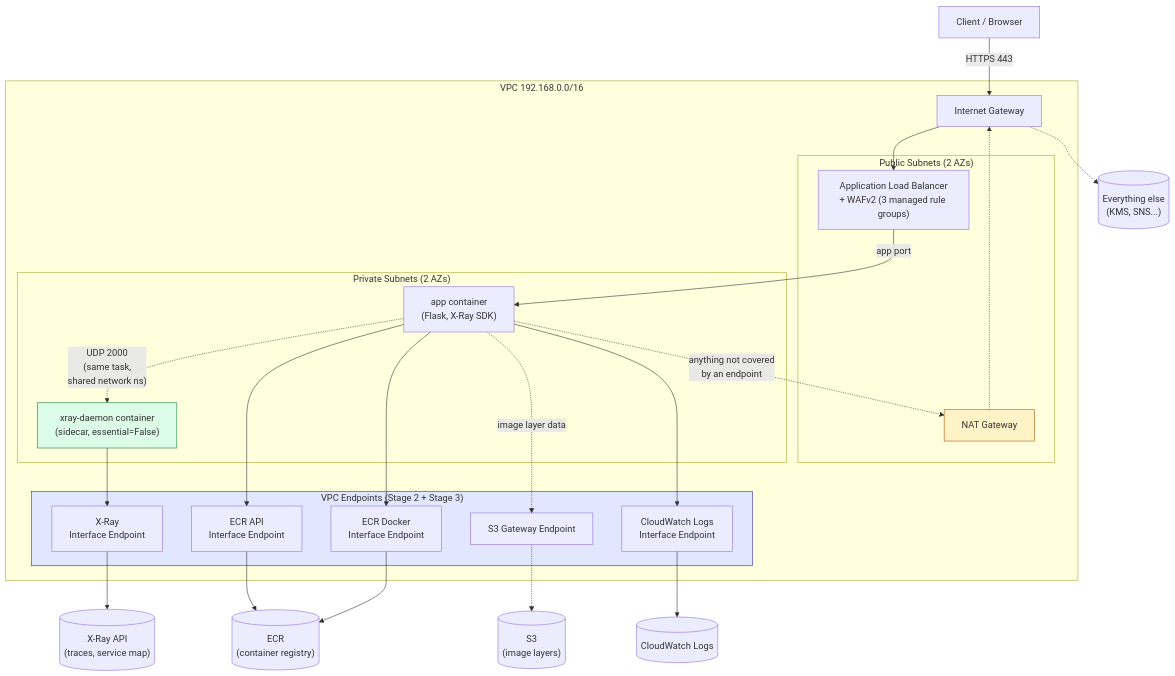
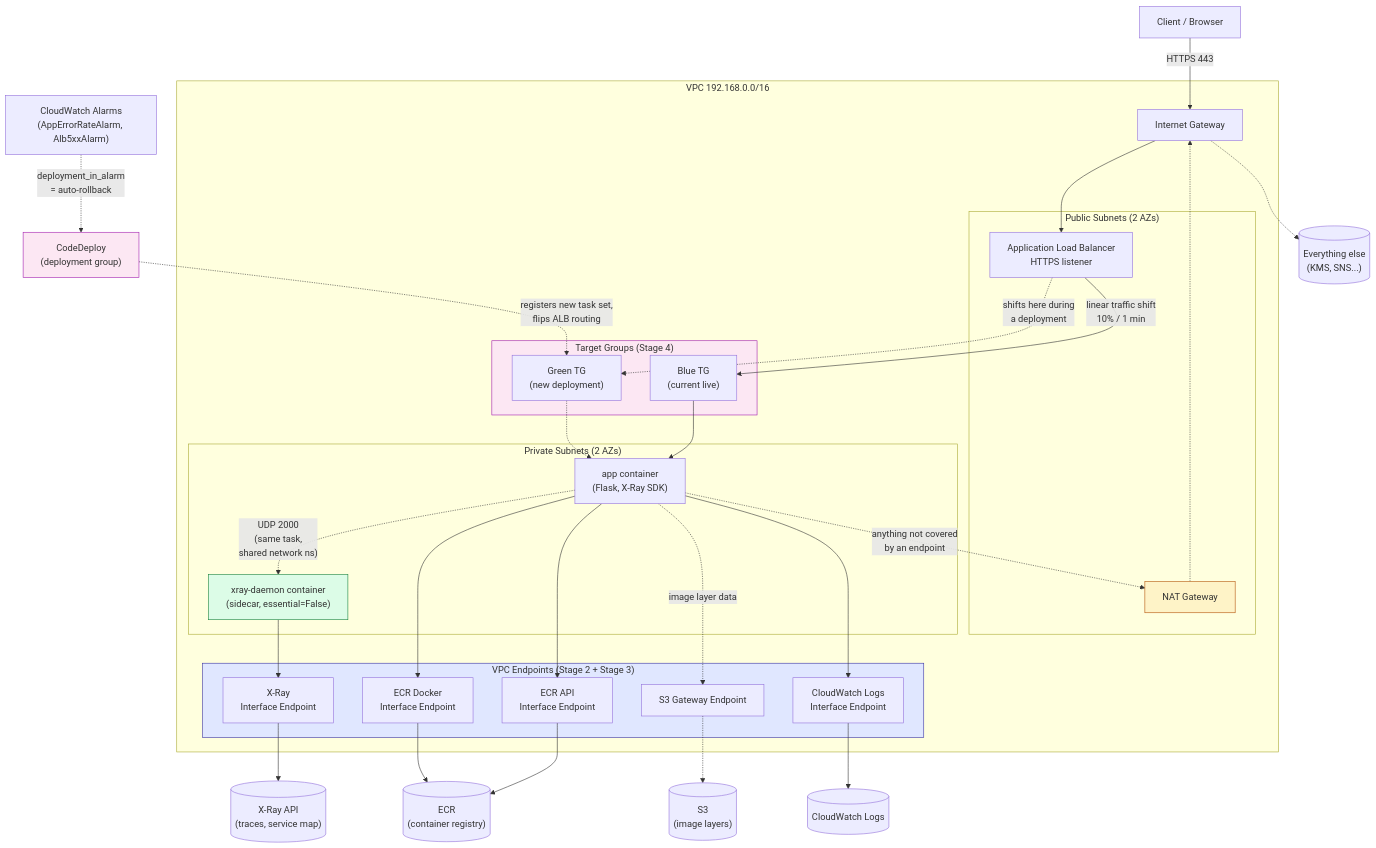
One commit to adenoch1/devsecops-bootcamp-cdk changed the diagram in weeks/week-05-progressive-delivery/README.md. Above: the diagram before and after it, drawn with Mermaid. The commit also changed other lines of this file and 3 other files, not shown here.

````diff
--- a/weeks/week-05-progressive-delivery/README.md
+++ b/weeks/week-05-progressive-delivery/README.md
@@ -52,49 +52,64 @@
 ```mermaid
 graph TB
     Client["Client / Browser"]
+    CodeDeploy["CodeDeploy<br/>(deployment group)"]
+    Alarms["CloudWatch Alarms<br/>(AppErrorRateAlarm, Alb5xxAlarm)"]
 
     subgraph VPC["VPC 192.168.0.0/16"]
         IGW["Internet Gateway"]
 
         subgraph Public["Public Subnets (2 AZs)"]
-            ALB["Application Load Balancer<br/>+ WAFv2 (3 managed rule groups)"]
+            ALB["Application Load Balancer<br/>HTTPS listener"]
             NAT["NAT Gateway"]
+        end
+
+        subgraph TGs["Target Groups (Stage 4)"]
+            BlueTG["Blue TG<br/>(current live)"]
+            GreenTG["Green TG<br/>(new deployment)"]
         end
 
         subgraph Private["Private Subnets (2 AZs)"]
             App["app container<br/>(Flask, X-Ray SDK)"]
             XrayD["xray-daemon container<br/>(sidecar, essential=False)"]
         end
 
         subgraph Endpoints["VPC Endpoints (Stage 2 + Stage 3)"]
             S3EP["S3 Gateway Endpoint"]
             EcrApiEP["ECR API<br/>Interface Endpoint"]
             EcrDkrEP["ECR Docker<br/>Interface Endpoint"]
             LogsEP["CloudWatch Logs<br/>Interface Endpoint"]
             XrayEP["X-Ray<br/>Interface Endpoint"]
         end
     end
 
     S3[("S3<br/>(image layers)")]
     ECR[("ECR<br/>(container registry)")]
     CWLogs[("CloudWatch Logs")]
     XrayAPI[("X-Ray API<br/>(traces, service map)")]
     Other[("Everything else<br/>(KMS, SNS...)")]
 
     Client -->|"HTTPS 443"| IGW
     IGW --> ALB
-    ALB -->|"app port"| App
+    ALB -->|"linear traffic shift<br/>10% / 1 min"| BlueTG
+    ALB -.->|"shifts here during<br/>a deployment"| GreenTG
+    BlueTG --> App
+    GreenTG -.-> App
+
+    CodeDeploy -.->|"registers new task set,<br/>flips ALB routing"| GreenTG
+    Alarms -.->|"deployment_in_alarm<br/>= auto-rollback"| CodeDeploy
 
     App -.->|"UDP 2000<br/>(same task,<br/>shared network ns)"| XrayD
 
     App --> EcrApiEP --> ECR
     App --> EcrDkrEP --> ECR
     App -.->|"image layer data"| S3EP -.-> S3
     App --> LogsEP --> CWLogs
     XrayD --> XrayEP --> XrayAPI
     App -.->|"anything not covered<br/>by an endpoint"| NAT -.-> IGW -.-> Other
 
     style Endpoints fill:#e0e7ff,stroke:#3730a3
     style NAT fill:#fef3c7,stroke:#b45309
     style XrayD fill:#dcfce7,stroke:#15803d
+    style TGs fill:#fce7f3,stroke:#a21caf
+    style CodeDeploy fill:#fce7f3,stroke:#a21caf
 ```
````
